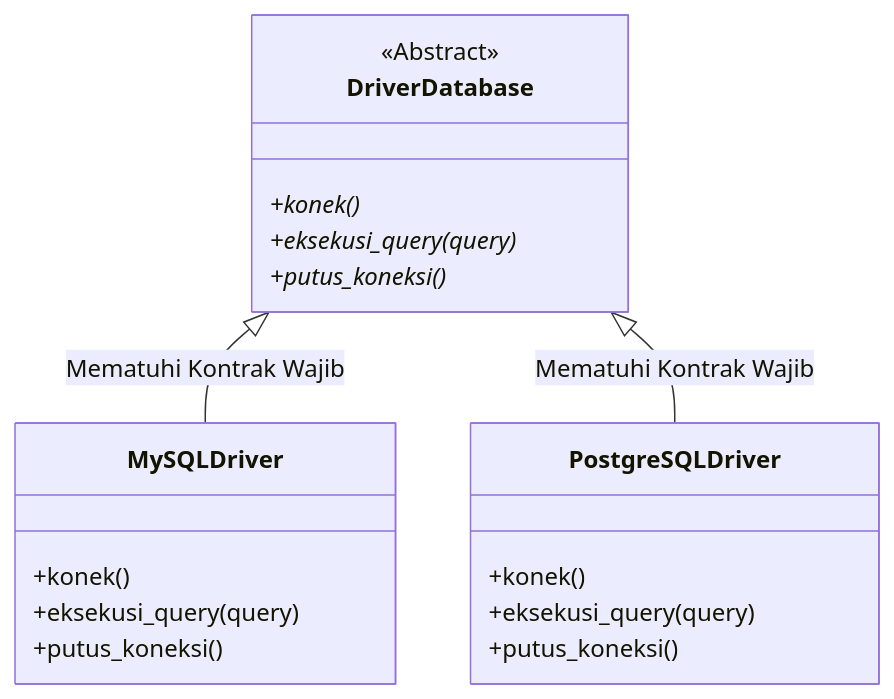
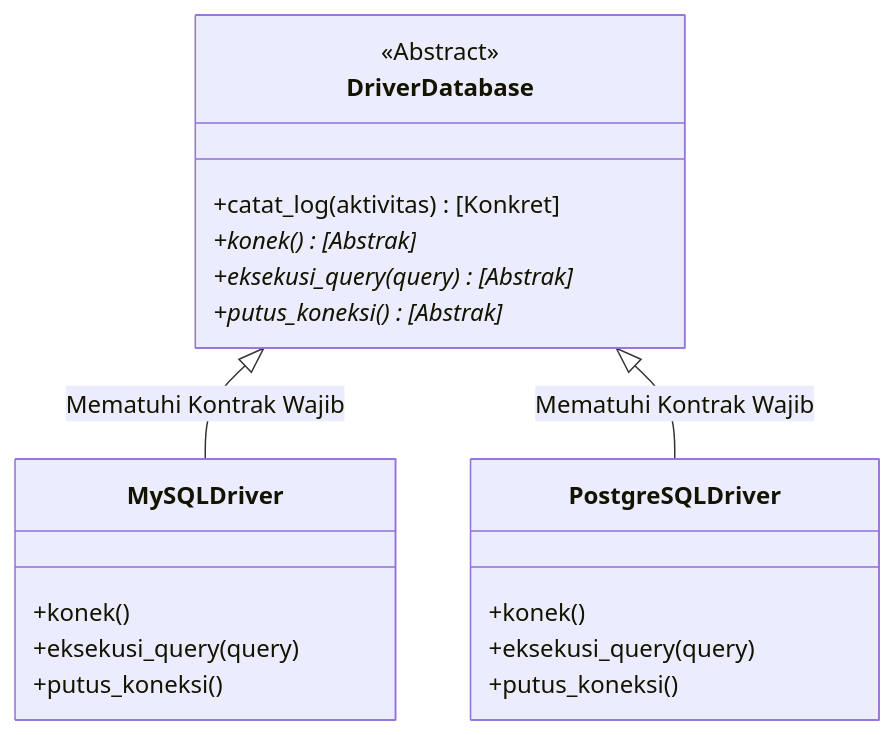
Before and after one commit to antonprafanto/Phyton-OOP: the diagram in 02_core_level/modul_06_abstraction/MATERI.md, drawn with Mermaid. The commit also changed other lines of this file and 1 other file, not shown here.

Commit message:
docs(modul-6): tambahkan demonstrasi method konkret di dalam abstract base class dan audit log

````diff
--- a/02_core_level/modul_06_abstraction/MATERI.md
+++ b/02_core_level/modul_06_abstraction/MATERI.md
@@ -156,24 +145,25 @@
 ```mermaid
 classDiagram
     class DriverDatabase {
         <<Abstract>>
-        +konek()*
-        +eksekusi_query(query)*
-        +putus_koneksi()*
+        +catat_log(aktivitas) [Konkret]
+        +konek()* [Abstrak]
+        +eksekusi_query(query)* [Abstrak]
+        +putus_koneksi()* [Abstrak]
     }
 
     class MySQLDriver {
         +konek()
         +eksekusi_query(query)
         +putus_koneksi()
     }
 
     class PostgreSQLDriver {
         +konek()
         +eksekusi_query(query)
         +putus_koneksi()
     }
 
     DriverDatabase <|-- MySQLDriver : Mematuhi Kontrak Wajib
     DriverDatabase <|-- PostgreSQLDriver : Mematuhi Kontrak Wajib
 ```
````
